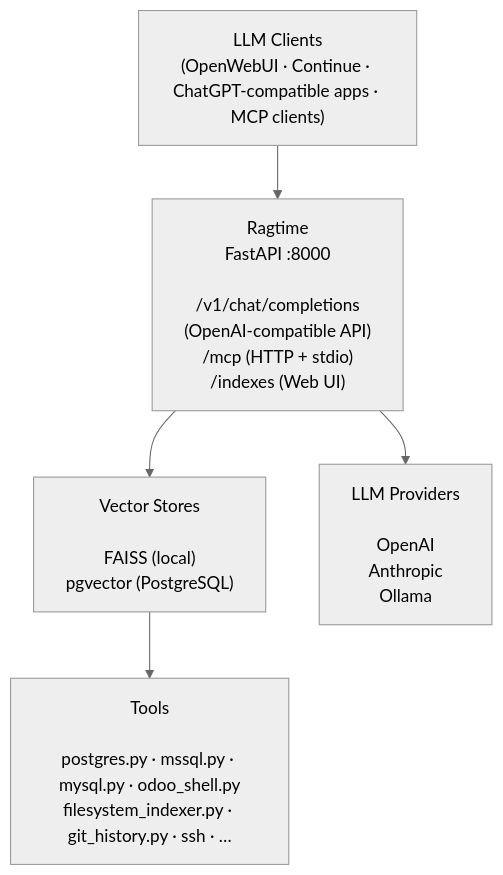
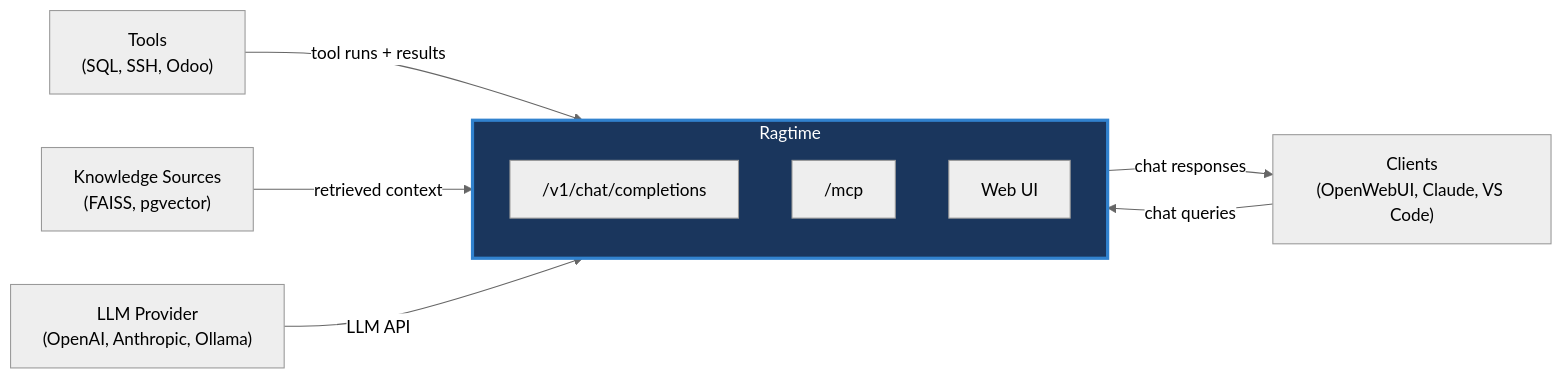
One commit to mattv8/ragtime changed the diagram in README.md. Above: the diagram before and after it, drawn with Mermaid (neutral theme). The commit also changed other lines of this file, not shown here.

Commit message:
Revise architecture diagram

````diff
--- a/README.md
+++ b/README.md
@@ -42,24 +42,18 @@
 ```mermaid
-flowchart TB
-    %% Clients
-    Clients["LLM Clients<br/>(OpenWebUI · Continue · ChatGPT-compatible apps · MCP clients)"]
+flowchart LR
+  Tools["Tools<br/>(SQL, SSH, Odoo)"] -->|tool runs + results| Ragtime
+  Context["Knowledge Sources<br/>(FAISS, pgvector)"] -->|retrieved context| Ragtime
+  LLM["LLM Provider<br/>(OpenAI, Anthropic, Ollama)"] -->|LLM API| Ragtime
 
-    %% Ragtime
-    Ragtime["Ragtime<br/>FastAPI :8000<br/><br/>/v1/chat/completions<br/>(OpenAI-compatible API)<br/>/mcp (HTTP + stdio)<br/>/indexes (Web UI)"]
+  subgraph Ragtime["Ragtime"]
+    direction TB
+    API["/v1/chat/completions"]
+    MCP["/mcp"]
+    UI["Web UI"]
+  end
 
-    %% Vector Stores
-    Vectors["Vector Stores<br/><br/>FAISS (local)<br/>pgvector (PostgreSQL)"]
+  Ragtime -->|chat responses| Clients["Clients<br/>(OpenWebUI, Claude, VS Code)"]
+  Clients -->|chat queries| Ragtime
 
-    %% LLM Providers
-    LLMs["LLM Providers<br/><br/>OpenAI<br/>Anthropic<br/>Ollama"]
-
-    %% Tools
-    Tools["Tools<br/><br/>postgres.py · mssql.py · mysql.py · odoo_shell.py<br/>filesystem_indexer.py · git_history.py · ssh · …"]
-
-    %% Connections
-    Clients --> Ragtime
-    Ragtime --> Vectors
-    Ragtime --> LLMs
-    Vectors --> Tools
-
+  style Ragtime fill:#1a365d,stroke:#3182ce,stroke-width:3px,color:#fff
 ```
````
